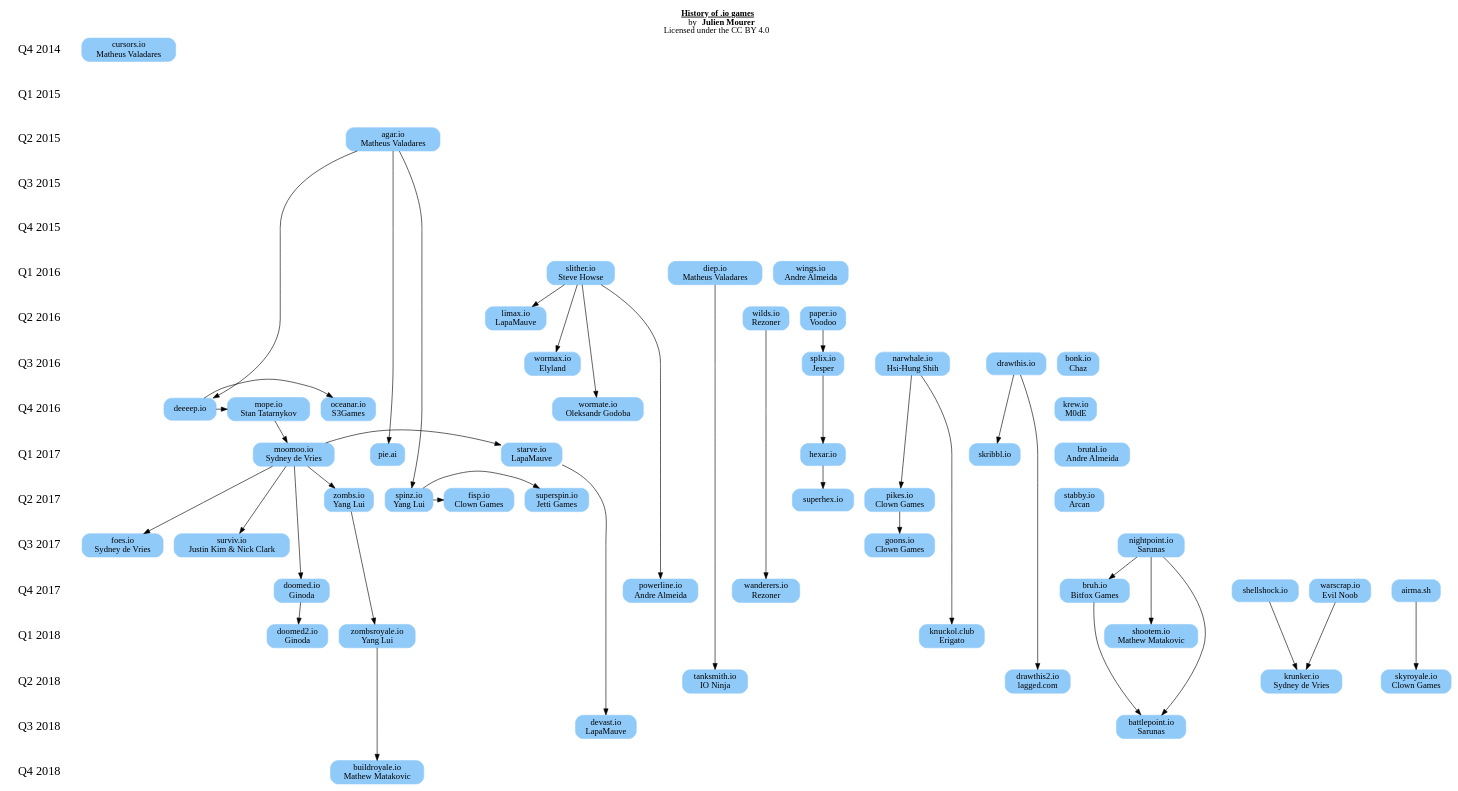
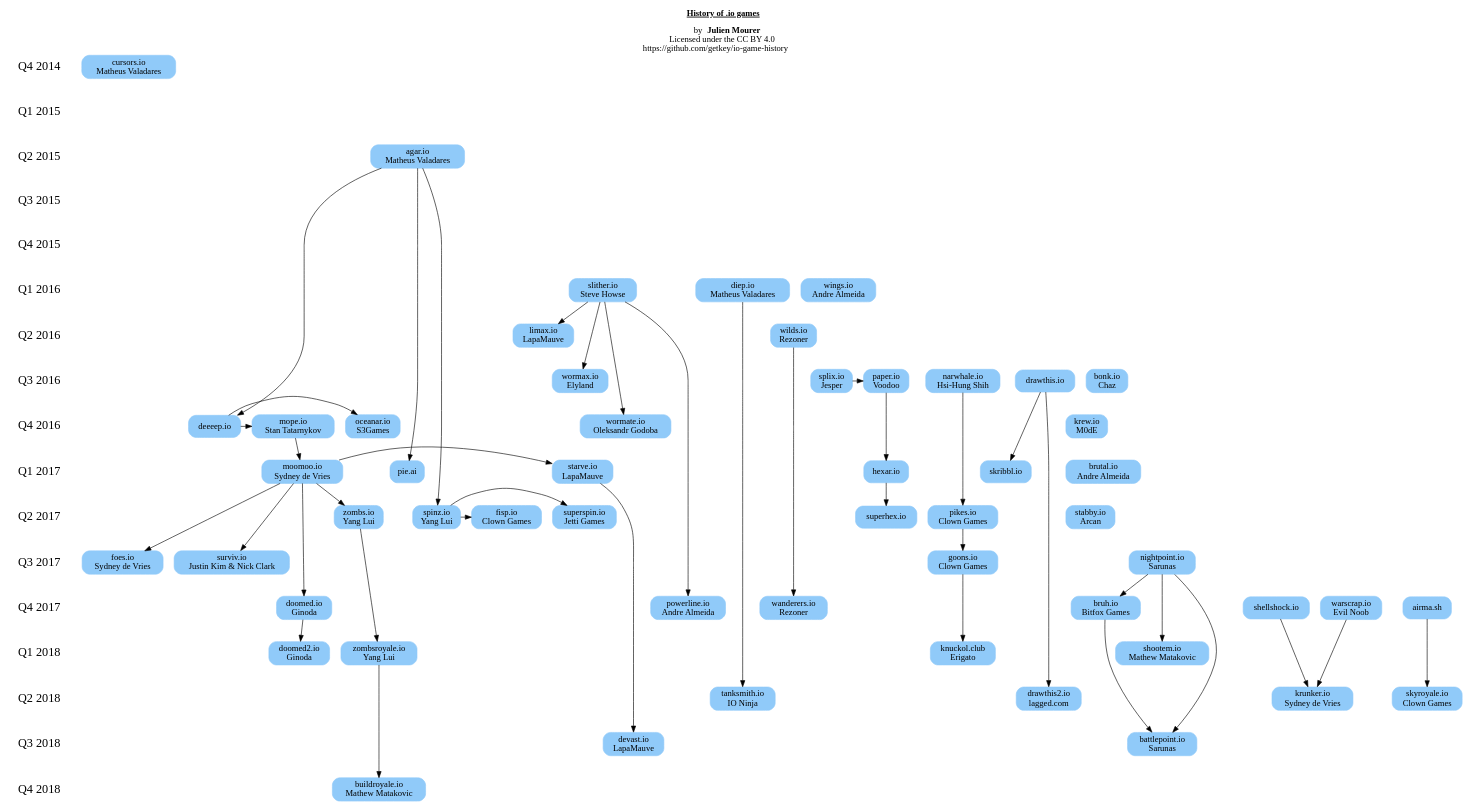
Before and after one commit to getkey/io-game-history: the diagram in io-game-history.gv, drawn with Graphviz. The commit also changed 2 other files, not shown here.

Commit message:
Fix some mistakes thanks to @Keevle aka Erigato

```diff
--- a/io-game-history.gv
+++ b/io-game-history.gv
@@ -1,120 +1,122 @@
 digraph iogames {
-    labelloc="t";
-    label=<<u><b>History of .io games</b></u><br/>by <b>Julien Mourer</b><br/>Licensed under the CC BY 4.0>;
+    labelloc=t;
+    label=<<u><b>History of .io games</b></u><br/><br/>by <b>Julien Mourer</b><br/>Licensed under the CC BY 4.0<br/>https://github.com/getkey/io-game-history>;
 
 	{
 		node [shape=none, color=white, fillcolor=white, fontsize=20, height=.5];
 		edge [style=invis]
 
 		{ "2014q4" [label="Q4 2014"] }
 		{ "2015q1" [label="Q1 2015"] }
 		{ "2015q2" [label="Q2 2015"] }
 		{ "2015q3" [label="Q3 2015"] }
 		{ "2015q4" [label="Q4 2015"] }
 		{ "2016q1" [label="Q1 2016"] }
 		{ "2016q2" [label="Q2 2016"] }
 		{ "2016q3" [label="Q3 2016"] }
 		{ "2016q4" [label="Q4 2016"] }
 		{ "2017q1" [label="Q1 2017"] }
 		{ "2017q2" [label="Q2 2017"] }
 		{ "2017q3" [label="Q3 2017"] }
 		{ "2017q4" [label="Q4 2017"] }
 		{ "2018q1" [label="Q1 2018"] }
 		{ "2018q2" [label="Q2 2018"] }
 		{ "2018q3" [label="Q3 2018"] }
 		{ "2018q4" [label="Q4 2018"] }
 
 		"2014q4" ->
 		"2015q1" -> "2015q2" -> "2015q3" -> "2015q4" ->
 		"2016q1" -> "2016q2" -> "2016q3" -> "2016q4" ->
 		"2017q1" -> "2017q2" -> "2017q3" -> "2017q4" ->
 		"2018q1" -> "2018q2" -> "2018q3" -> "2018q4";
 	}
 
 	{
 		node [color="#90caf9", style="rounded, filled", shape=box];
+
 		{ rank=same; "2014q4"; "cursors.io" [label="\N\nMatheus Valadares"] }
 		{ rank=same; "2015q2"; "agar.io" [label="\N\nMatheus Valadares"] } /* https://en.wikipedia.org/wiki/Agar.io */
 		{ rank=same; "2016q1"; "slither.io" [label="\N\nSteve Howse"] } /* https://en.wikipedia.org/wiki/Slither.io */
 		{ rank=same; "2016q1"; "diep.io" [label="\N\nMatheus Valadares"] }
 		{ rank=same; "2016q1"; "wings.io" [label="\N\nAndre Almeida"] }
 		{ rank=same; "2016q2"; "limax.io" [label="\N\nLapaMauve"] }
 		{ rank=same; "2016q2"; "wilds.io" [label="\N\nRezoner"] }
 		{ rank=same; "2016q3"; "wormax.io" [label="\N\nElyland"] }
 		{ rank=same; "2016q4"; "deeeep.io" }
 		{ rank=same; "2016q4"; "oceanar.io" [label="\N\nS3Games"] }
 		{ rank=same; "2016q4"; "mope.io" [label="\N\nStan Tatarnykov"] }
 		{ rank=same; "2016q4"; "wormate.io" [label="\N\nOleksandr Godoba"] }
-		{ rank=same; "2016q2"; "paper.io" [label="\N\nVoodoo"] }
+		{ rank=same; "2016q3"; "paper.io" [label="\N\nVoodoo"] }
 		{ rank=same; "2016q3"; "narwhale.io" [label="\N\nHsi-Hung Shih"] }
 		{ rank=same; "2016q3"; "splix.io" [label="\N\nJesper"] }
 		{ rank=same; "2016q3"; "drawthis.io" }
 		{ rank=same; "2016q3"; "bonk.io" [label="\N\nChaz"] }
 		{ rank=same; "2016q4"; "krew.io" [label="\N\nM0dE"] }
 		{ rank=same; "2017q1"; "brutal.io" [label="\N\nAndre Almeida"] }
 		{ rank=same; "2017q1"; "hexar.io" }
 		{ rank=same; "2017q1"; "pie.ai" }
 		{ rank=same; "2017q1"; "moomoo.io" [label="\N\nSydney de Vries"] }
 		{ rank=same; "2017q1"; "starve.io" [label="\N\nLapaMauve"] }
 		{ rank=same; "2017q1"; "skribbl.io" }
 		{ rank=same; "2017q2"; "stabby.io" [label="\N\nArcan"] }
 		{ rank=same; "2017q2"; "zombs.io" [label="\N\nYang Lui"] }
 		{ rank=same; "2017q2"; "spinz.io" [label="\N\nYang Lui"] }
 		{ rank=same; "2017q2"; "superspin.io" [label="\N\nJetti Games"] }
 		{ rank=same; "2017q2"; "fisp.io" [label="\N\nClown Games"] }
 		{ rank=same; "2017q2"; "pikes.io" [label="\N\nClown Games"] }
 		{ rank=same; "2017q2"; "superhex.io" }
 		{ rank=same; "2017q3"; "goons.io" [label="\N\nClown Games"] }
 		{ rank=same; "2017q3"; "foes.io" [label="\N\nSydney de Vries"] }
 		{ rank=same; "2017q3"; "surviv.io" [label="\N\nJustin Kim & Nick Clark"] } /* https://en.wikipedia.org/wiki/Surviv.io */
 		{ rank=same; "2017q3"; "nightpoint.io" [label="\N\nSarunas"] }
 		{ rank=same; "2017q4"; "powerline.io" [label="\N\nAndre Almeida"] }
 		{ rank=same; "2017q4"; "doomed.io" [label="\N\nGinoda"] }
 		{ rank=same; "2017q4"; "bruh.io" [label="\N\nBitfox Games"] }
 		{ rank=same; "2017q4"; "wanderers.io" [label="\N\nRezoner"] }
 		{ rank=same; "2017q4"; "shellshock.io" }
 		{ rank=same; "2017q4"; "warscrap.io" [label="\N\nEvil Noob"] }
 		{ rank=same; "2017q4"; "airma.sh" }
 		{ rank=same; "2018q1"; "shootem.io" [label="\N\nMathew Matakovic"] }
 		{ rank=same; "2018q1"; "zombsroyale.io" [label="\N\nYang Lui"] }
 		{ rank=same; "2018q1"; "knuckol.club" [label="\N\nErigato"] }
 		{ rank=same; "2018q1"; "doomed2.io" [label="\N\nGinoda"] }
 		{ rank=same; "2018q2"; "skyroyale.io" [label="\N\nClown Games"] }
 		{ rank=same; "2018q2"; "tanksmith.io" [label="\N\nIO Ninja"] }
 		{ rank=same; "2018q2"; "drawthis2.io" [label="\N\nlagged.com"] }
 		{ rank=same; "2018q2"; "krunker.io" [label="\N\nSydney de Vries"] }
 		{ rank=same; "2018q3"; "devast.io" [label="\N\nLapaMauve"] }
 		{ rank=same; "2018q3"; "battlepoint.io" [label="\N\nSarunas"] }
 		{ rank=same; "2018q4"; "buildroyale.io" [label="\N\nMathew Matakovic"] }
 
 		"slither.io" -> "wormax.io";
 		"slither.io" -> "wormate.io";
 		"slither.io" -> "limax.io";
 		"slither.io" -> "powerline.io";
 		"deeeep.io" -> "oceanar.io";
 		"deeeep.io" -> "mope.io" -> "moomoo.io";
 		"moomoo.io" -> "foes.io";
 		"moomoo.io" -> "doomed.io" -> "doomed2.io";
 		"moomoo.io" -> "starve.io" -> "devast.io";
 		"moomoo.io" -> "surviv.io";
 		"moomoo.io" -> "zombs.io" -> "zombsroyale.io" -> "buildroyale.io";
 		"nightpoint.io" -> "battlepoint.io";
 		"nightpoint.io" -> "bruh.io";
 		"nightpoint.io" -> "shootem.io";
 		"bruh.io" -> "battlepoint.io";
 		"wilds.io" -> "wanderers.io";
 		"agar.io" -> "spinz.io" -> "fisp.io";
 		"spinz.io" -> "superspin.io";
 		"agar.io" -> "pie.ai";
-		"paper.io" -> "splix.io" -> "hexar.io" -> "superhex.io";
+		"splix.io" -> "paper.io" -> "hexar.io" -> "superhex.io";
 		"agar.io" -> "deeeep.io";
 		"diep.io" -> "tanksmith.io";
 		"warscrap.io" -> "krunker.io";
 		"shellshock.io" -> "krunker.io";
 		"drawthis.io" -> "skribbl.io";
 		"drawthis.io" -> "drawthis2.io";
 		"narwhale.io" -> "pikes.io" -> "goons.io";
-		"narwhale.io" -> "knuckol.club";
+		"goons.io" -> "knuckol.club"; // confirmed to me by Erigato over Discord
 		"airma.sh" -> "skyroyale.io";
+		// Erigato says Yang tweeted that he should hop into making battle royale games like surviv, but I haven't been able to find the tweet so I'm not adding this relationship yet. It's good to know that this is probable though.
 	}
 }
```
